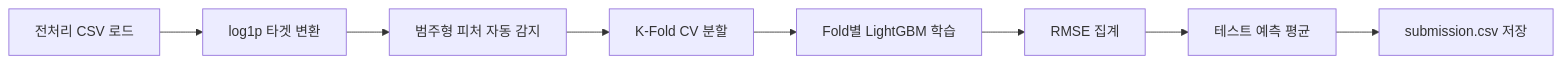
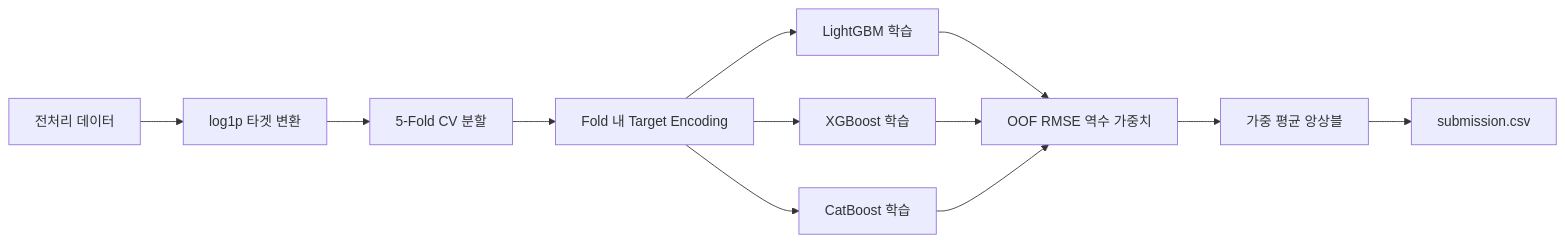
Before and after one commit to FastAI-24/Eda-processing: the fourth of 5 diagrams in README.md, drawn with Mermaid. The commit also changed other lines of this file and 5 other files, not shown here.

````diff
--- a/README.md
+++ b/README.md
@@ -521,10 +466,14 @@
 ```mermaid
 graph LR
-    A[전처리 CSV 로드] --> B[log1p 타겟 변환]
-    B --> C[범주형 피처 자동 감지]
-    C --> D[K-Fold CV 분할]
-    D --> E[Fold별 LightGBM 학습]
-    E --> F[RMSE 집계]
-    F --> G[테스트 예측 평균]
-    G --> H[submission.csv 저장]
+    A[전처리 데이터] --> B[log1p 타겟 변환]
+    B --> C[5-Fold CV 분할]
+    C --> D[Fold 내 Target Encoding]
+    D --> E1[LightGBM 학습]
+    D --> E2[XGBoost 학습]
+    D --> E3[CatBoost 학습]
+    E1 --> F[OOF RMSE 역수 가중치]
+    E2 --> F
+    E3 --> F
+    F --> G[가중 평균 앙상블]
+    G --> H[submission.csv]
 ```
````
